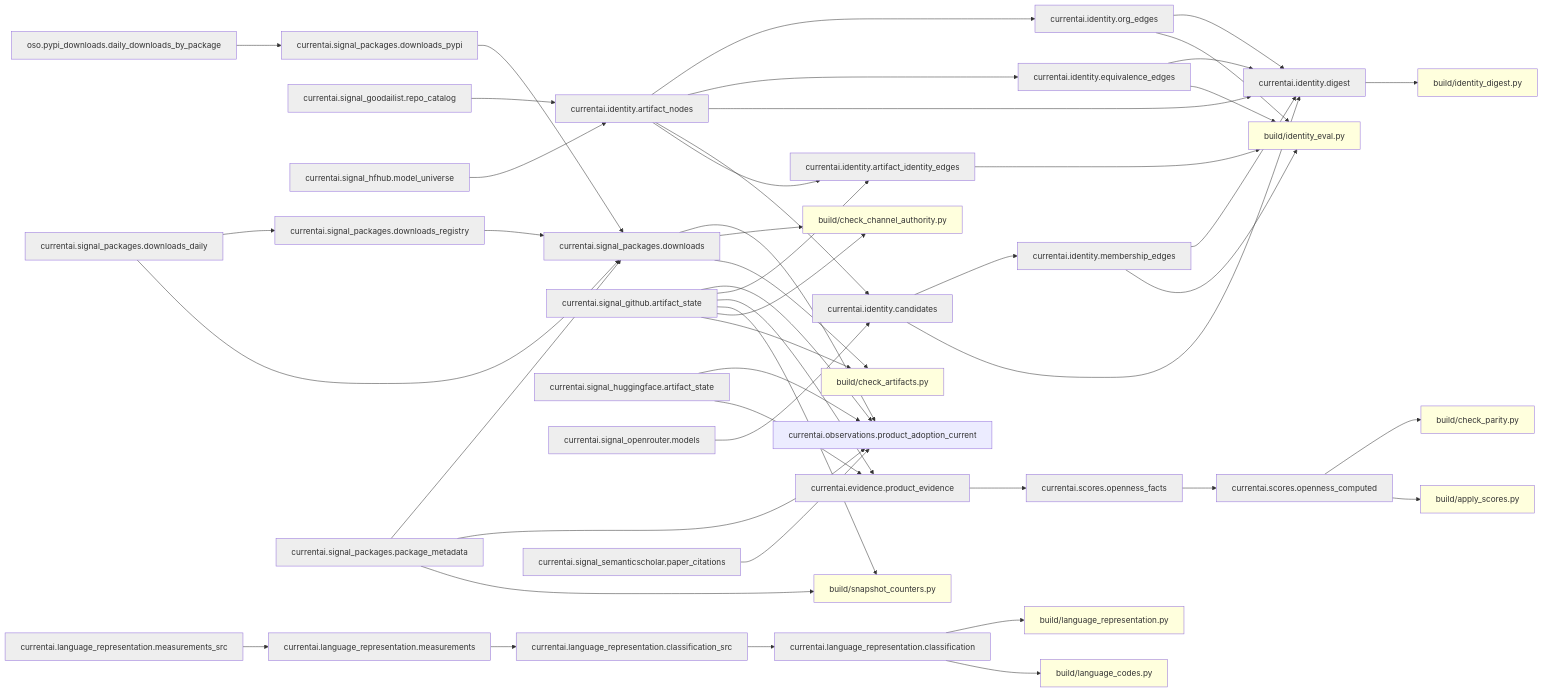
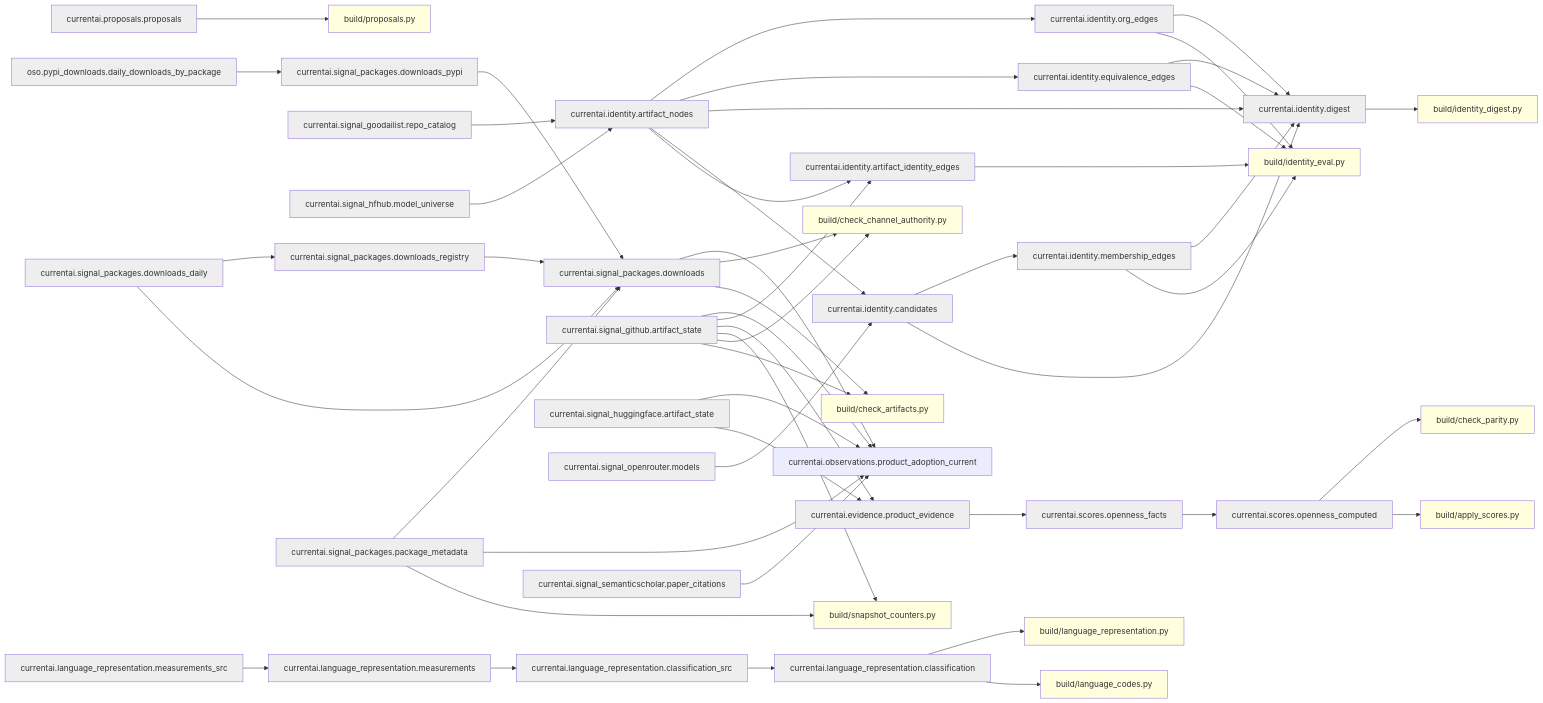
Before and after one commit to currentai-org/os-ai-map: the second of 3 diagrams in docs/architecture/current-state-dag.md, drawn with Mermaid. The commit also changed 9 other files, not shown here.

````diff
--- a/docs/architecture/current-state-dag.md
+++ b/docs/architecture/current-state-dag.md
@@ -93,53 +93,54 @@
 ```mermaid
 graph LR
   currentai__evidence__product_evidence[currentai.evidence.product_evidence]:::dep --> currentai__scores__openness_facts[currentai.scores.openness_facts]:::dep
   currentai__identity__artifact_identity_edges[currentai.identity.artifact_identity_edges]:::dep --> build/identity_eval__py[build/identity_eval.py]:::audit
   currentai__identity__artifact_nodes[currentai.identity.artifact_nodes]:::dep --> currentai__identity__artifact_identity_edges[currentai.identity.artifact_identity_edges]:::dep
   currentai__identity__artifact_nodes[currentai.identity.artifact_nodes]:::dep --> currentai__identity__candidates[currentai.identity.candidates]:::dep
   currentai__identity__artifact_nodes[currentai.identity.artifact_nodes]:::dep --> currentai__identity__digest[currentai.identity.digest]:::dep
   currentai__identity__artifact_nodes[currentai.identity.artifact_nodes]:::dep --> currentai__identity__equivalence_edges[currentai.identity.equivalence_edges]:::dep
   currentai__identity__artifact_nodes[currentai.identity.artifact_nodes]:::dep --> currentai__identity__org_edges[currentai.identity.org_edges]:::dep
   currentai__identity__candidates[currentai.identity.candidates]:::dep --> currentai__identity__digest[currentai.identity.digest]:::dep
   currentai__identity__candidates[currentai.identity.candidates]:::dep --> currentai__identity__membership_edges[currentai.identity.membership_edges]:::dep
   currentai__identity__digest[currentai.identity.digest]:::dep --> build/identity_digest__py[build/identity_digest.py]:::audit
   currentai__identity__equivalence_edges[currentai.identity.equivalence_edges]:::dep --> build/identity_eval__py[build/identity_eval.py]:::audit
   currentai__identity__equivalence_edges[currentai.identity.equivalence_edges]:::dep --> currentai__identity__digest[currentai.identity.digest]:::dep
   currentai__identity__membership_edges[currentai.identity.membership_edges]:::dep --> build/identity_eval__py[build/identity_eval.py]:::audit
   currentai__identity__membership_edges[currentai.identity.membership_edges]:::dep --> currentai__identity__digest[currentai.identity.digest]:::dep
   currentai__identity__org_edges[currentai.identity.org_edges]:::dep --> build/identity_eval__py[build/identity_eval.py]:::audit
   currentai__identity__org_edges[currentai.identity.org_edges]:::dep --> currentai__identity__digest[currentai.identity.digest]:::dep
   currentai__language_representation__classification[currentai.language_representation.classification]:::dep --> build/language_codes__py[build/language_codes.py]:::audit
   currentai__language_representation__classification[currentai.language_representation.classification]:::dep --> build/language_representation__py[build/language_representation.py]:::audit
   currentai__language_representation__classification_src[currentai.language_representation.classification_src]:::dep --> currentai__language_representation__classification[currentai.language_representation.classification]:::dep
   currentai__language_representation__measurements[currentai.language_representation.measurements]:::dep --> currentai__language_representation__classification_src[currentai.language_representation.classification_src]:::dep
   currentai__language_representation__measurements_src[currentai.language_representation.measurements_src]:::dep --> currentai__language_representation__measurements[currentai.language_representation.measurements]:::dep
+  currentai__proposals__proposals[currentai.proposals.proposals]:::dep --> build/proposals__py[build/proposals.py]:::audit
   currentai__scores__openness_computed[currentai.scores.openness_computed]:::dep --> build/apply_scores__py[build/apply_scores.py]:::audit
   currentai__scores__openness_computed[currentai.scores.openness_computed]:::dep --> build/check_parity__py[build/check_parity.py]:::audit
   currentai__scores__openness_facts[currentai.scores.openness_facts]:::dep --> currentai__scores__openness_computed[currentai.scores.openness_computed]:::dep
   currentai__signal_github__artifact_state[currentai.signal_github.artifact_state]:::dep --> build/check_artifacts__py[build/check_artifacts.py]:::audit
   currentai__signal_github__artifact_state[currentai.signal_github.artifact_state]:::dep --> build/check_channel_authority__py[build/check_channel_authority.py]:::audit
   currentai__signal_github__artifact_state[currentai.signal_github.artifact_state]:::dep --> build/snapshot_counters__py[build/snapshot_counters.py]:::audit
   currentai__signal_github__artifact_state[currentai.signal_github.artifact_state]:::dep --> currentai__evidence__product_evidence[currentai.evidence.product_evidence]:::dep
   currentai__signal_github__artifact_state[currentai.signal_github.artifact_state]:::dep --> currentai__identity__artifact_identity_edges[currentai.identity.artifact_identity_edges]:::dep
   currentai__signal_github__artifact_state[currentai.signal_github.artifact_state]:::dep --> currentai__observations__product_adoption_current[currentai.observations.product_adoption_current]
   currentai__signal_goodailist__repo_catalog[currentai.signal_goodailist.repo_catalog]:::dep --> currentai__identity__artifact_nodes[currentai.identity.artifact_nodes]:::dep
   currentai__signal_hfhub__model_universe[currentai.signal_hfhub.model_universe]:::dep --> currentai__identity__artifact_nodes[currentai.identity.artifact_nodes]:::dep
   currentai__signal_huggingface__artifact_state[currentai.signal_huggingface.artifact_state]:::dep --> currentai__evidence__product_evidence[currentai.evidence.product_evidence]:::dep
   currentai__signal_huggingface__artifact_state[currentai.signal_huggingface.artifact_state]:::dep --> currentai__observations__product_adoption_current[currentai.observations.product_adoption_current]
   currentai__signal_openrouter__models[currentai.signal_openrouter.models]:::dep --> currentai__identity__candidates[currentai.identity.candidates]:::dep
   currentai__signal_packages__downloads[currentai.signal_packages.downloads]:::dep --> build/check_artifacts__py[build/check_artifacts.py]:::audit
   currentai__signal_packages__downloads[currentai.signal_packages.downloads]:::dep --> build/check_channel_authority__py[build/check_channel_authority.py]:::audit
   currentai__signal_packages__downloads[currentai.signal_packages.downloads]:::dep --> currentai__observations__product_adoption_current[currentai.observations.product_adoption_current]
   currentai__signal_packages__downloads_daily[currentai.signal_packages.downloads_daily]:::dep --> currentai__signal_packages__downloads[currentai.signal_packages.downloads]:::dep
   currentai__signal_packages__downloads_daily[currentai.signal_packages.downloads_daily]:::dep --> currentai__signal_packages__downloads_registry[currentai.signal_packages.downloads_registry]:::dep
   currentai__signal_packages__downloads_pypi[currentai.signal_packages.downloads_pypi]:::dep --> currentai__signal_packages__downloads[currentai.signal_packages.downloads]:::dep
   currentai__signal_packages__downloads_registry[currentai.signal_packages.downloads_registry]:::dep --> currentai__signal_packages__downloads[currentai.signal_packages.downloads]:::dep
   currentai__signal_packages__package_metadata[currentai.signal_packages.package_metadata]:::dep --> build/snapshot_counters__py[build/snapshot_counters.py]:::audit
   currentai__signal_packages__package_metadata[currentai.signal_packages.package_metadata]:::dep --> currentai__observations__product_adoption_current[currentai.observations.product_adoption_current]
   currentai__signal_packages__package_metadata[currentai.signal_packages.package_metadata]:::dep --> currentai__signal_packages__downloads[currentai.signal_packages.downloads]:::dep
   currentai__signal_semanticscholar__paper_citations[currentai.signal_semanticscholar.paper_citations]:::dep --> currentai__observations__product_adoption_current[currentai.observations.product_adoption_current]
   oso__pypi_downloads__daily_downloads_by_package[oso.pypi_downloads.daily_downloads_by_package]:::dep --> currentai__signal_packages__downloads_pypi[currentai.signal_packages.downloads_pypi]:::dep
   classDef dep fill:#eee;
   classDef audit fill:#ffd;
   classDef src fill:#def;
 ```
````
